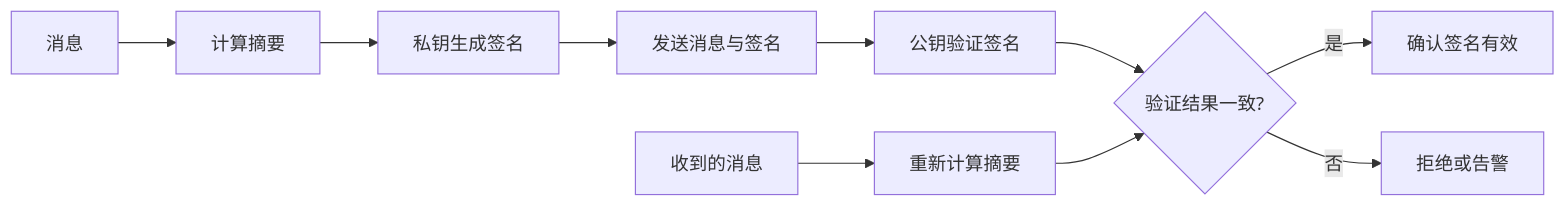
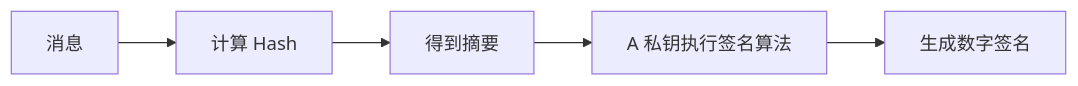
Before and after one commit to 74262195/system-architect-notes: the diagram in 01_综合知识/03_信息安全技术/01_密码学与PKI/数字签名.md, drawn with Mermaid. The commit also changed other lines of this file, not shown here.

```diff
--- a/01_综合知识/03_信息安全技术/01_密码学与PKI/数字签名.md
+++ b/01_综合知识/03_信息安全技术/01_密码学与PKI/数字签名.md
@@ -53,12 +79,7 @@
 ~~~mermaid
 flowchart LR
-    A[消息] --> B[计算摘要]
-    B --> C[私钥生成签名]
-    C --> D[发送消息与签名]
-    D --> E[公钥验证签名]
-    A2[收到的消息] --> F[重新计算摘要]
-    E --> G{验证结果一致?}
-    F --> G
-    G -- 是 --> H[确认签名有效]
-    G -- 否 --> I[拒绝或告警]
+    A[消息] --> B[计算 Hash]
+    B --> C[得到摘要]
+    C --> D[A 私钥执行签名算法]
+    D --> E[生成数字签名]
 ~~~
```
